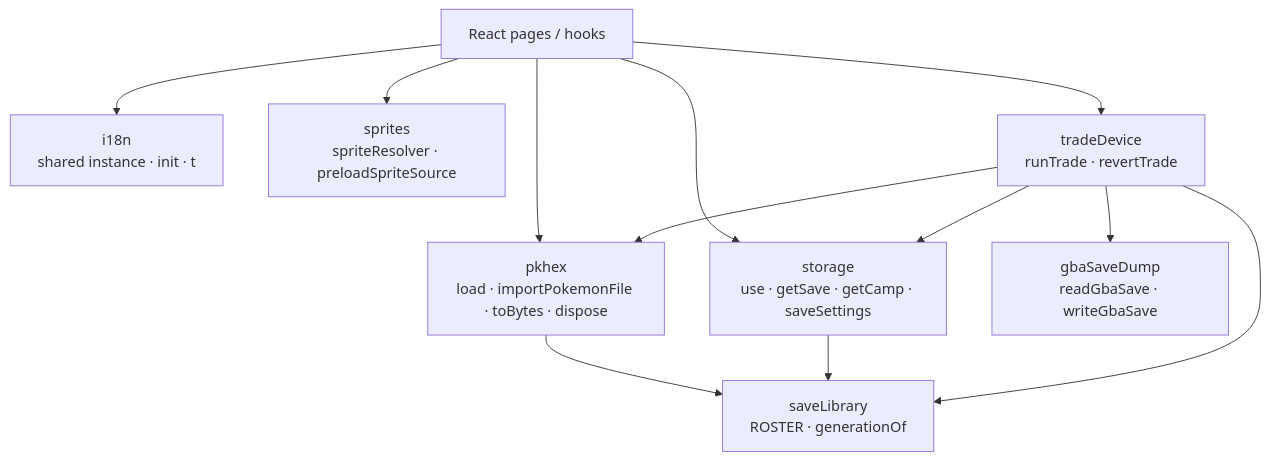
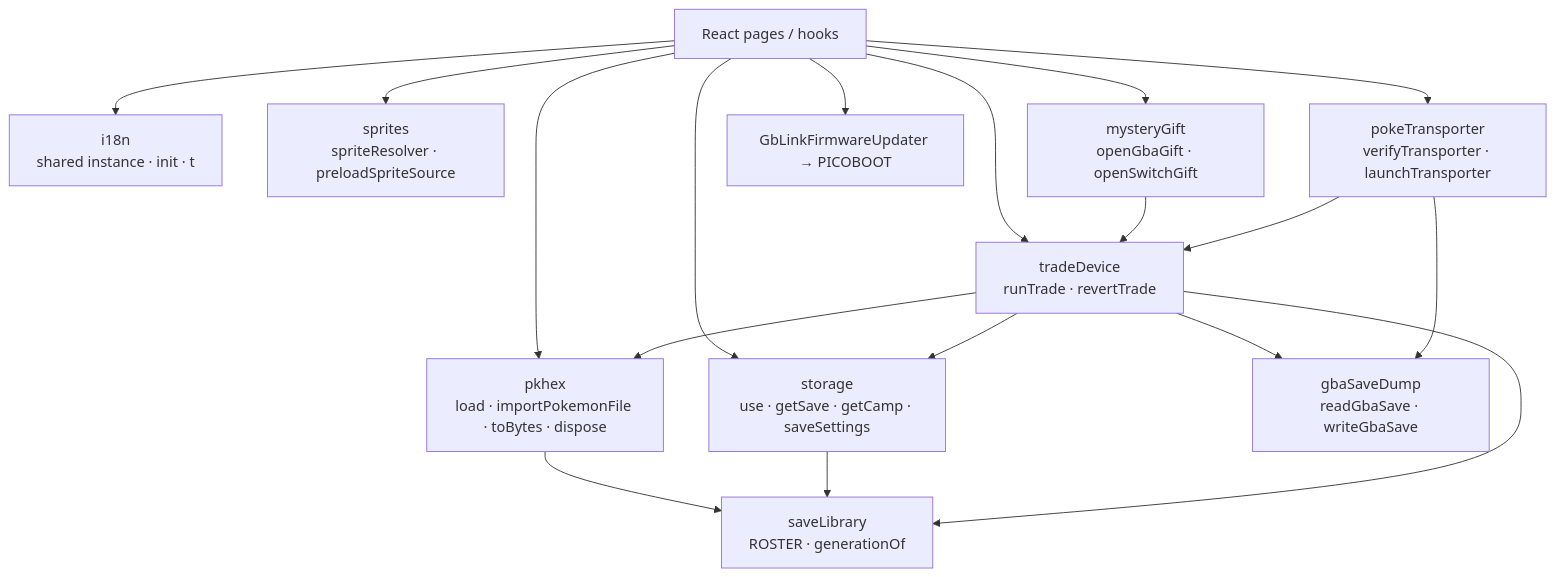
The diagram in src/services/ARCHITECTURE.md (MercuryEnigma/pkcamp), drawn with Mermaid before and after one commit. The commit also changed other lines of this file and 133 other files, not shown here.

````diff
--- a/src/services/ARCHITECTURE.md
+++ b/src/services/ARCHITECTURE.md
@@ -16,12 +17,18 @@
 ```mermaid
 flowchart TB
   UI["React pages / hooks"] --> PK["pkhex<br/>load · importPokemonFile · toBytes · dispose"]
   UI --> I18n["i18n<br/>shared instance · init · t"]
   UI --> Sprite["sprites<br/>spriteResolver · preloadSpriteSource"]
   UI --> Store["storage<br/>use · getSave · getCamp · saveSettings"]
   UI --> Trade["tradeDevice<br/>runTrade · revertTrade"]
   Trade --> PK
   Trade --> Store
   Trade --> GBA["gbaSaveDump<br/>readGbaSave · writeGbaSave"]
+  UI --> Gifts["mysteryGift<br/>openGbaGift · openSwitchGift"]
+  Gifts --> Trade
+  UI --> Launch["pokeTransporter<br/>verifyTransporter · launchTransporter"]
+  Launch --> Trade
+  Launch --> GBA
+  UI --> Firmware["GbLinkFirmwareUpdater → PICOBOOT"]
   PK & Store & Trade --> Roster["saveLibrary<br/>ROSTER · generationOf"]
 ```
````
